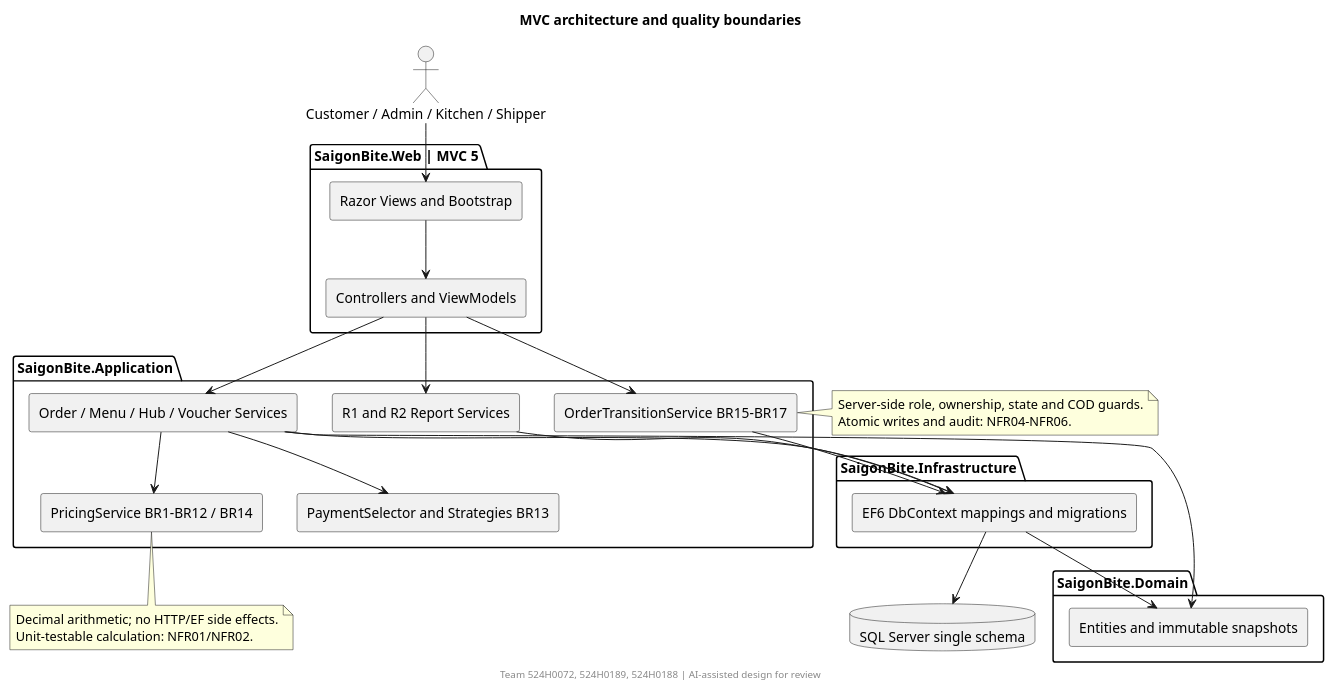
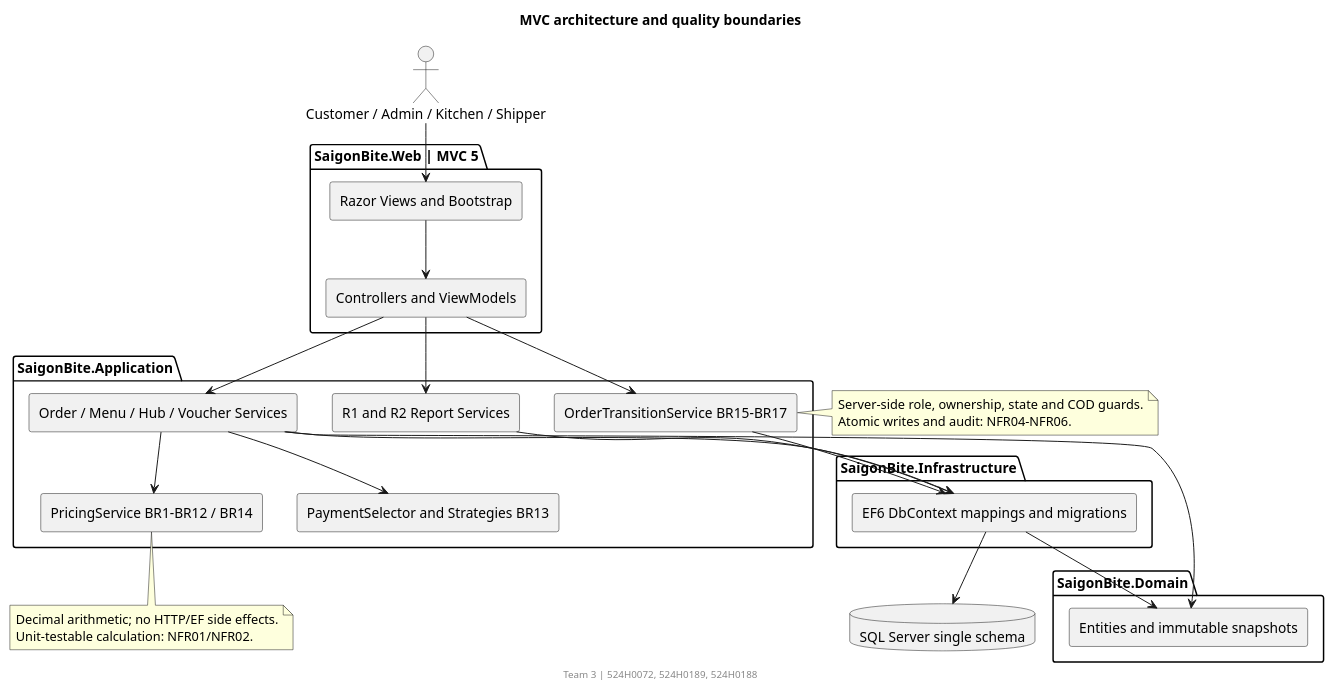
Before and after one commit to rumnopro0809/saigonbite-group3: the diagram in docs/part2/diagrams/architecture.puml, drawn with PlantUML. The commit also changed 41 other files, not shown here.

Commit message:
chore(part2): finalize V2-only Figma links, clean UML diagrams, ERD SystemSettings and report PDF

```diff
--- a/docs/part2/diagrams/architecture.puml
+++ b/docs/part2/diagrams/architecture.puml
@@ -1,45 +1,45 @@
 @startuml
 skinparam componentStyle rectangle
 title MVC architecture and quality boundaries
-footer Team 524H0072, 524H0189, 524H0188 | AI-assisted design for review
+footer Team 3 | 524H0072, 524H0189, 524H0188
 actor "Customer / Admin / Kitchen / Shipper" as Actor
 package "SaigonBite.Web | MVC 5" {
  [Razor Views and Bootstrap] as Views
  [Controllers and ViewModels] as Controllers
 }
 package "SaigonBite.Application" {
  [Order / Menu / Hub / Voucher Services] as Services
  [PricingService BR1-BR12 / BR14] as Pricing
  [PaymentSelector and Strategies BR13] as Payments
  [OrderTransitionService BR15-BR17] as State
  [R1 and R2 Report Services] as Reports
 }
 package SaigonBite.Domain {
  [Entities and immutable snapshots] as Domain
 }
 package SaigonBite.Infrastructure {
  [EF6 DbContext mappings and migrations] as EF
 }
 database "SQL Server single schema" as DB
 Actor --> Views
 Views --> Controllers
 Controllers --> Services
 Controllers --> State
 Controllers --> Reports
 Services --> Pricing
 Services --> Payments
 Services --> Domain
 Services --> EF
 State --> EF
 Reports --> EF
 EF --> Domain
 EF --> DB
 note bottom of Pricing
 Decimal arithmetic; no HTTP/EF side effects.
 Unit-testable calculation: NFR01/NFR02.
 end note
 note right of State
 Server-side role, ownership, state and COD guards.
 Atomic writes and audit: NFR04-NFR06.
 end note
 @enduml
```
